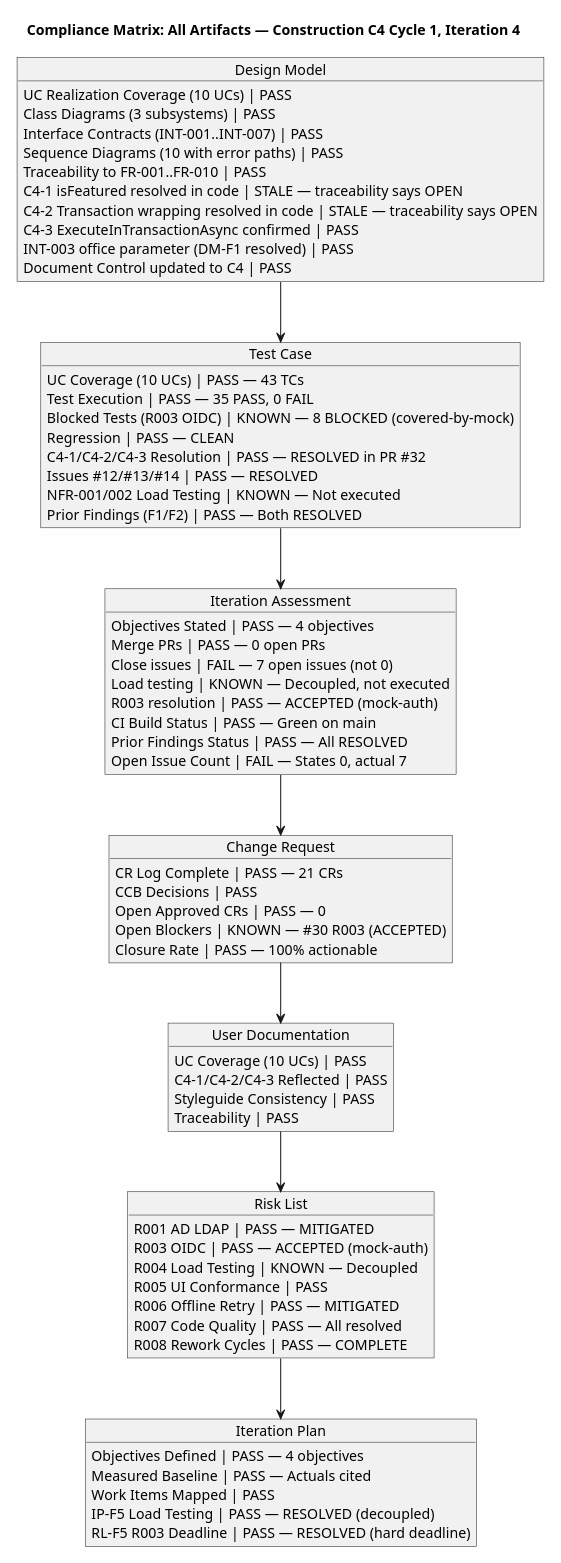
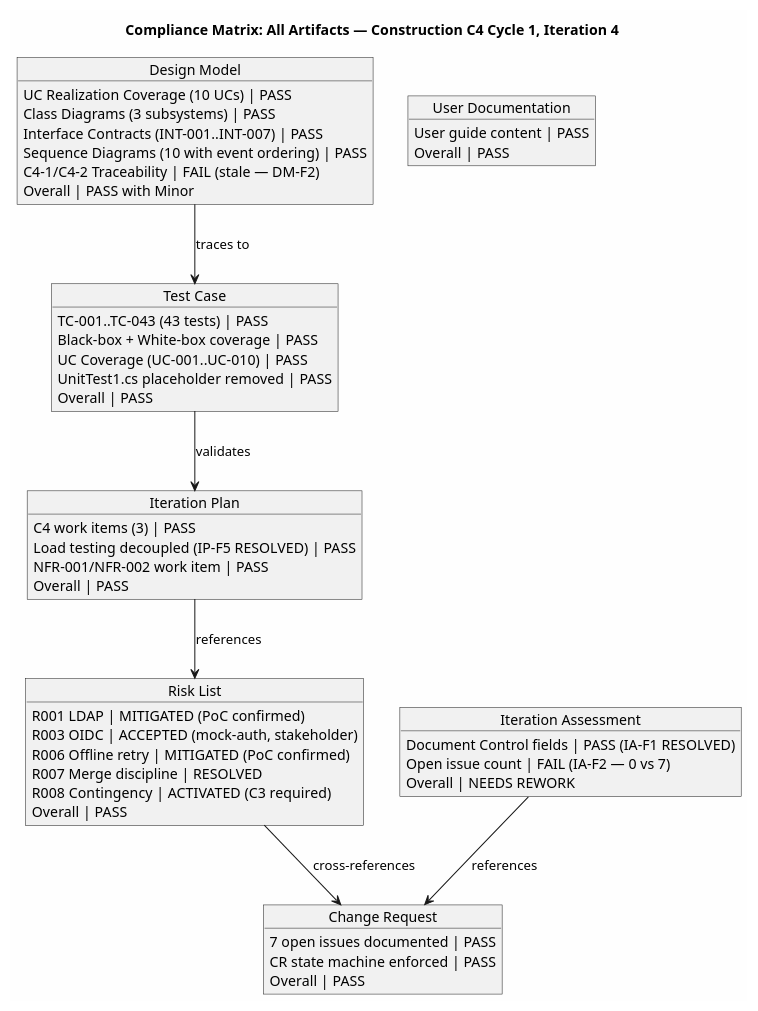
One commit to banense-test/portal-cuba-corp changed the first of 3 diagrams in docs/artifacts/project-management/review-record.md. Above: the diagram before and after it, drawn with PlantUML. The commit also changed other lines of this file, not shown here.

````diff
--- a/docs/artifacts/project-management/review-record.md
+++ b/docs/artifacts/project-management/review-record.md
@@ -53,76 +52,56 @@
   UC Realization Coverage (10 UCs) | PASS
   Class Diagrams (3 subsystems) | PASS
   Interface Contracts (INT-001..INT-007) | PASS
-  Sequence Diagrams (10 with error paths) | PASS
-  Traceability to FR-001..FR-010 | PASS
-  C4-1 isFeatured resolved in code | STALE — traceability says OPEN
-  C4-2 Transaction wrapping resolved in code | STALE — traceability says OPEN
-  C4-3 ExecuteInTransactionAsync confirmed | PASS
-  INT-003 office parameter (DM-F1 resolved) | PASS
-  Document Control updated to C4 | PASS
+  Sequence Diagrams (10 with event ordering) | PASS
+  C4-1/C4-2 Traceability | FAIL (stale — DM-F2)
+  Overall | PASS with Minor
 }
 
 object "Test Case" as TC {
-  UC Coverage (10 UCs) | PASS — 43 TCs
-  Test Execution | PASS — 35 PASS, 0 FAIL
-  Blocked Tests (R003 OIDC) | KNOWN — 8 BLOCKED (covered-by-mock)
-  Regression | PASS — CLEAN
-  C4-1/C4-2/C4-3 Resolution | PASS — RESOLVED in PR #32
-  Issues #12/#13/#14 | PASS — RESOLVED
-  NFR-001/002 Load Testing | KNOWN — Not executed
-  Prior Findings (F1/F2) | PASS — Both RESOLVED
+  TC-001..TC-043 (43 tests) | PASS
+  Black-box + White-box coverage | PASS
+  UC Coverage (UC-001..UC-010) | PASS
+  UnitTest1.cs placeholder removed | PASS
+  Overall | PASS
+}
+
+object "Iteration Plan" as IP {
+  C4 work items (3) | PASS
+  Load testing decoupled (IP-F5 RESOLVED) | PASS
+  NFR-001/NFR-002 work item | PASS
+  Overall | PASS
+}
+
+object "Risk List" as RL {
+  R001 LDAP | MITIGATED (PoC confirmed)
+  R003 OIDC | ACCEPTED (mock-auth, stakeholder)
+  R006 Offline retry | MITIGATED (PoC confirmed)
+  R007 Merge discipline | RESOLVED
+  R008 Contingency | ACTIVATED (C3 required)
+  Overall | PASS
 }
 
 object "Iteration Assessment" as IA {
-  Objectives Stated | PASS — 4 objectives
-  Merge PRs | PASS — 0 open PRs
-  Close issues | FAIL — 7 open issues (not 0)
-  Load testing | KNOWN — Decoupled, not executed
-  R003 resolution | PASS — ACCEPTED (mock-auth)
-  CI Build Status | PASS — Green on main
-  Prior Findings Status | PASS — All RESOLVED
-  Open Issue Count | FAIL — States 0, actual 7
+  Document Control fields | PASS (IA-F1 RESOLVED)
+  Open issue count | FAIL (IA-F2 — 0 vs 7)
+  Overall | NEEDS REWORK
 }
 
 object "Change Request" as CR {
-  CR Log Complete | PASS — 21 CRs
-  CCB Decisions | PASS
-  Open Approved CRs | PASS — 0
-  Open Blockers | KNOWN — #30 R003 (ACCEPTED)
-  Closure Rate | PASS — 100% actionable
+  7 open issues documented | PASS
+  CR state machine enforced | PASS
+  Overall | PASS
 }
 
 object "User Documentation" as UD {
-  UC Coverage (10 UCs) | PASS
-  C4-1/C4-2/C4-3 Reflected | PASS
-  Styleguide Consistency | PASS
-  Traceability | PASS
+  User guide content | PASS
+  Overall | PASS
 }
 
-object "Risk List" as RL {
-  R001 AD LDAP | PASS — MITIGATED
-  R003 OIDC | PASS — ACCEPTED (mock-auth)
-  R004 Load Testing | KNOWN — Decoupled
-  R005 UI Conformance | PASS
-  R006 Offline Retry | PASS — MITIGATED
-  R007 Code Quality | PASS — All resolved
-  R008 Rework Cycles | PASS — COMPLETE
-}
-
-object "Iteration Plan" as IP {
-  Objectives Defined | PASS — 4 objectives
-  Measured Baseline | PASS — Actuals cited
-  Work Items Mapped | PASS
-  IP-F5 Load Testing | PASS — RESOLVED (decoupled)
-  RL-F5 R003 Deadline | PASS — RESOLVED (hard deadline)
-}
-
-DM --> TC
-TC --> IA
-IA --> CR
-CR --> UD
-UD --> RL
-RL --> IP
-
+DM --> TC : traces to
+TC --> IP : validates
+IP --> RL : references
+RL --> CR : cross-references
+IA --> CR : references
 @enduml
 ```
````
